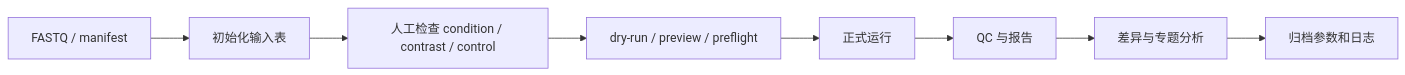
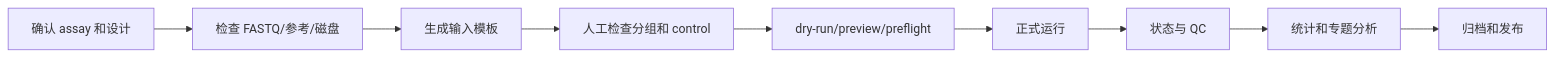
One commit to quii490/Pipelines changed the diagram in docs/content/getting-started/common-workflow.md. Above: the diagram before and after it, drawn with Mermaid. The commit also changed other lines of this file and 95 other files, not shown here.

````diff
--- a/docs/content/getting-started/common-workflow.md
+++ b/docs/content/getting-started/common-workflow.md
@@ -7,10 +7,11 @@
 ```mermaid
 flowchart LR
-  A["FASTQ / manifest"] --> B["初始化输入表"]
-  B --> C["人工检查 condition / contrast / control"]
-  C --> D["dry-run / preview / preflight"]
-  D --> E["正式运行"]
-  E --> F["QC 与报告"]
-  F --> G["差异与专题分析"]
-  G --> H["归档参数和日志"]
+  A[确认 assay 和设计] --> B[检查 FASTQ/参考/磁盘]
+  B --> C[生成输入模板]
+  C --> D[人工检查分组和 control]
+  D --> E[dry-run/preview/preflight]
+  E --> F[正式运行]
+  F --> G[状态与 QC]
+  G --> H[统计和专题分析]
+  H --> I[归档和发布]
 ```
````
